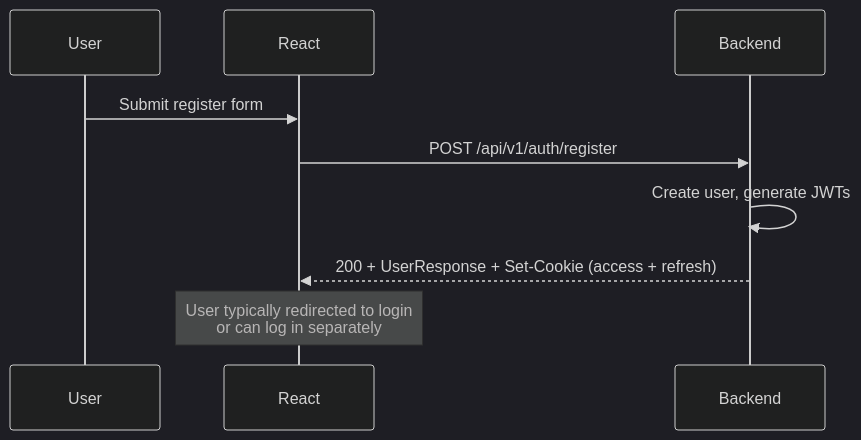
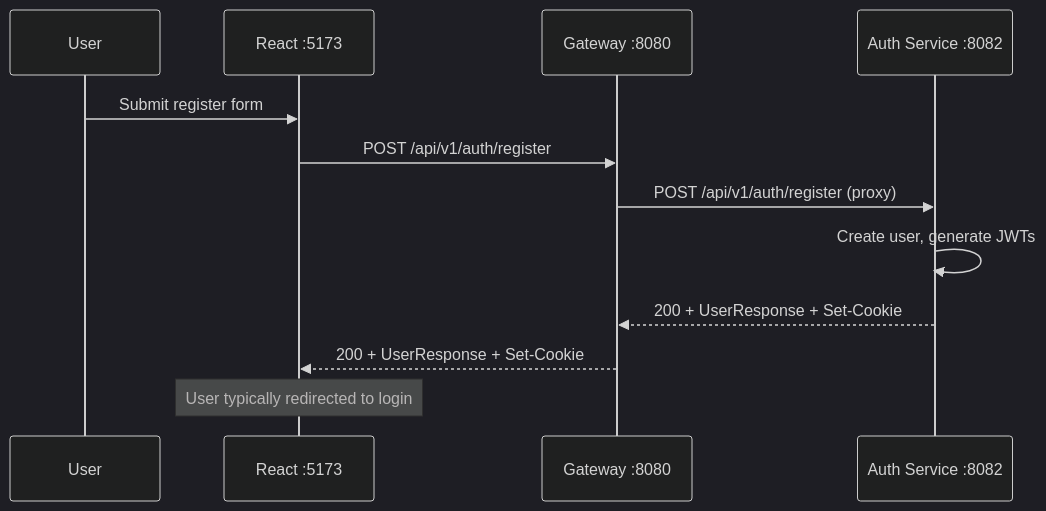
One commit to gnl-org/workhub changed the second of 7 diagrams in docs/authentication_flow.md. Above: the diagram before and after it, drawn with Mermaid (dark theme). The commit also changed other lines of this file, not shown here.

Commit message:
update auth flow doc

````diff
--- a/docs/authentication_flow.md
+++ b/docs/authentication_flow.md
@@ -175,12 +211,15 @@
 ```mermaid
 sequenceDiagram
     participant U as User
-    participant FE as React
-    participant BE as Backend
+    participant FE as React :5173
+    participant GW as Gateway :8080
+    participant AS as Auth Service :8082
 
     U->>FE: Submit register form
-    FE->>BE: POST /api/v1/auth/register
-    BE->>BE: Create user, generate JWTs
-    BE-->>FE: 200 + UserResponse + Set-Cookie (access + refresh)
-    Note over FE: User typically redirected to login<br/>or can log in separately
+    FE->>GW: POST /api/v1/auth/register
+    GW->>AS: POST /api/v1/auth/register (proxy)
+    AS->>AS: Create user, generate JWTs
+    AS-->>GW: 200 + UserResponse + Set-Cookie
+    GW-->>FE: 200 + UserResponse + Set-Cookie
+    Note over FE: User typically redirected to login
 ```
````
